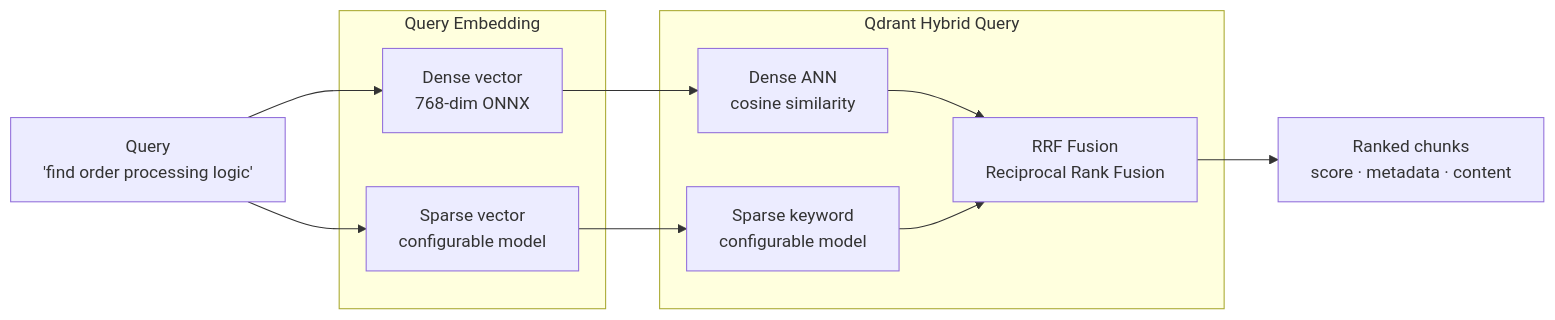
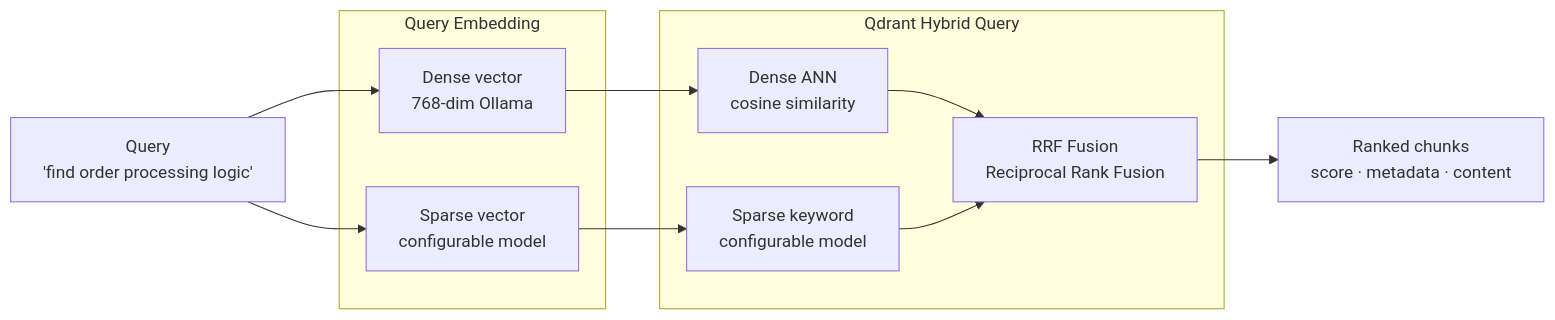
Before and after one commit to Tusquito/codebase-indexer-mcp: the third of 3 diagrams in README.md, drawn with Mermaid. The commit also changed other lines of this file and 3 other files, not shown here.

````diff
--- a/README.md
+++ b/README.md
@@ -339,22 +338,22 @@
 ```mermaid
 flowchart LR
     Q["Query\n'find order processing logic'"]
 
     subgraph Embed["Query Embedding"]
-        DE["Dense vector\n768-dim ONNX"]
+        DE["Dense vector\n768-dim Ollama"]
         SE["Sparse vector\nconfigurable model"]
     end
 
     subgraph Qdrant["Qdrant Hybrid Query"]
         DA["Dense ANN\ncosine similarity"]
         SA["Sparse keyword\nconfigurable model"]
         RRF["RRF Fusion\nReciprocal Rank Fusion"]
     end
 
     Res["Ranked chunks\nscore · metadata · content"]
 
     Q --> DE & SE
     DE --> DA
     SE --> SA
     DA & SA --> RRF --> Res
 ```
````
